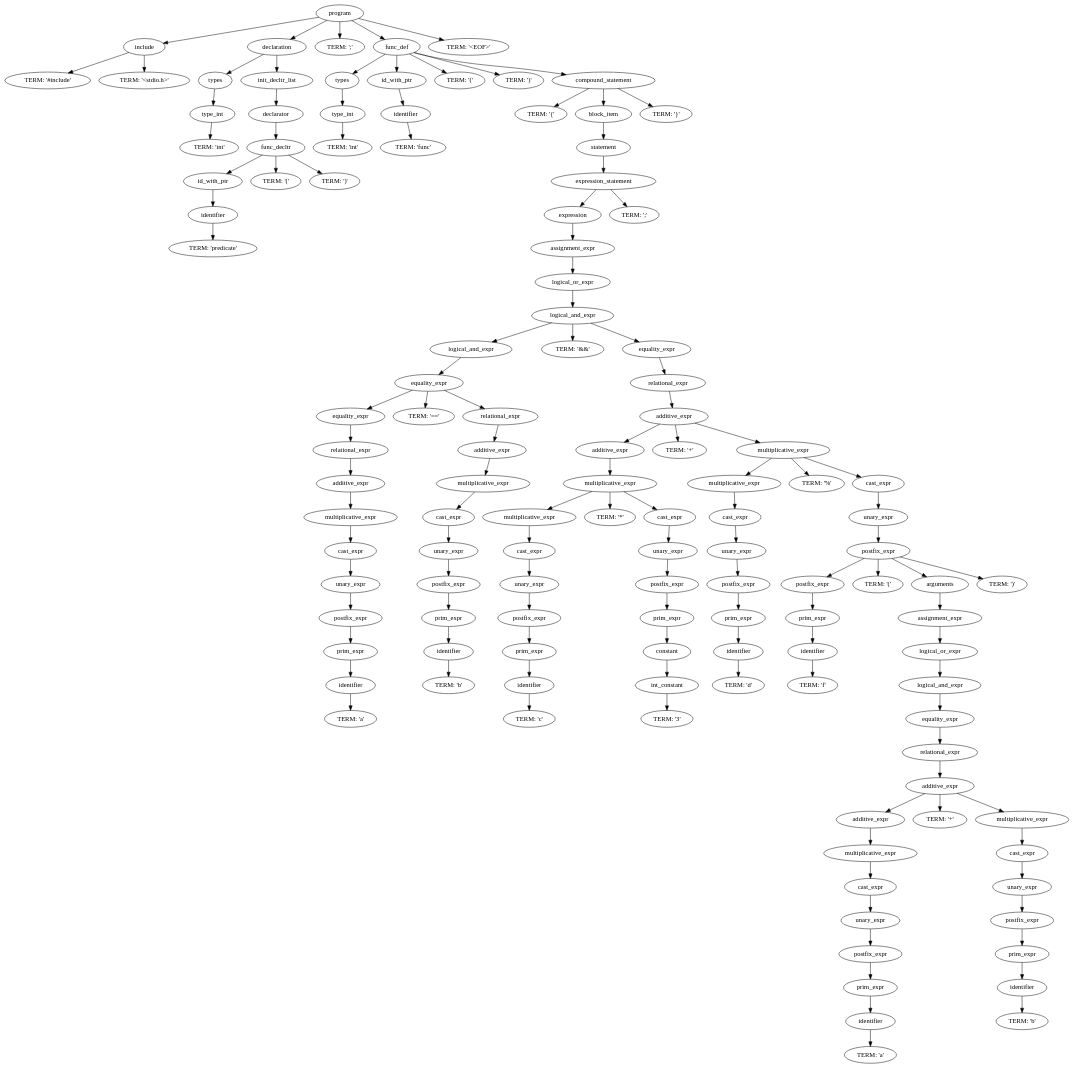
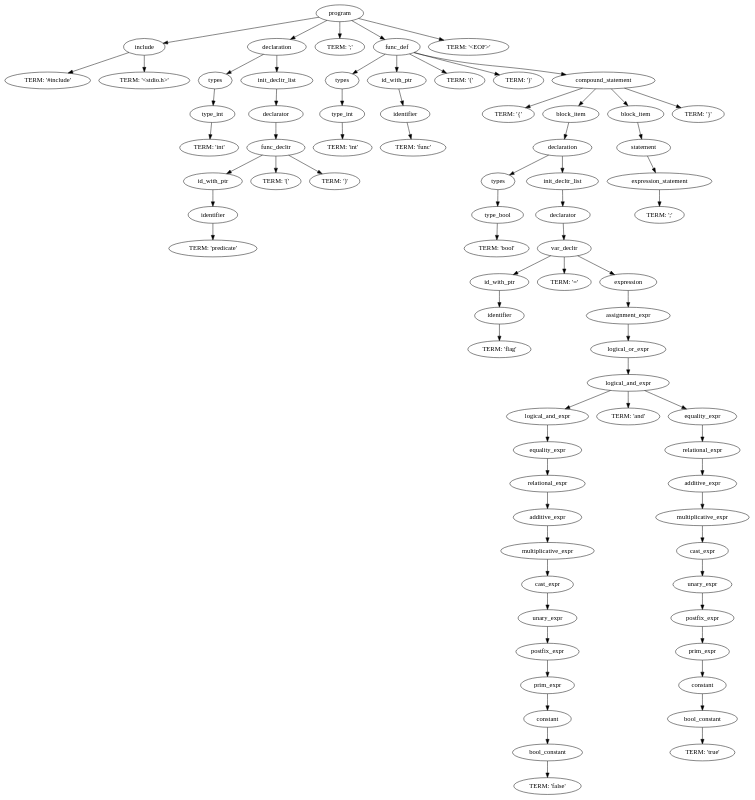
The diagram in output.dot (DeSchepperCedric/C-Compiler), drawn with Graphviz before and after one commit. The commit also changed 9 other files, not shown here.

```diff
--- a/output.dot
+++ b/output.dot
@@ -57,191 +57,93 @@
 	26 -> 28;
 	28 [label="block_item"];
 	28 -> 29;
-	29 [label="statement"];
+	29 [label="declaration"];
 	29 -> 30;
-	30 [label="expression_statement"];
+	30 [label="types"];
 	30 -> 31;
-	31 [label="expression"];
+	31 [label="type_bool"];
 	31 -> 32;
-	32 [label="assignment_expr"];
-	32 -> 33;
-	33 [label="logical_or_expr"];
+	32 [label="TERM: 'bool'"];
+	29 -> 33;
+	33 [label="init_decltr_list"];
 	33 -> 34;
-	34 [label="logical_and_expr"];
+	34 [label="declarator"];
 	34 -> 35;
-	35 [label="logical_and_expr"];
+	35 [label="var_decltr"];
 	35 -> 36;
-	36 [label="equality_expr"];
+	36 [label="id_with_ptr"];
 	36 -> 37;
-	37 [label="equality_expr"];
+	37 [label="identifier"];
 	37 -> 38;
-	38 [label="relational_expr"];
-	38 -> 39;
-	39 [label="additive_expr"];
-	39 -> 40;
-	40 [label="multiplicative_expr"];
+	38 [label="TERM: 'flag'"];
+	35 -> 39;
+	39 [label="TERM: '='"];
+	35 -> 40;
+	40 [label="expression"];
 	40 -> 41;
-	41 [label="cast_expr"];
+	41 [label="assignment_expr"];
 	41 -> 42;
-	42 [label="unary_expr"];
+	42 [label="logical_or_expr"];
 	42 -> 43;
-	43 [label="postfix_expr"];
+	43 [label="logical_and_expr"];
 	43 -> 44;
-	44 [label="prim_expr"];
+	44 [label="logical_and_expr"];
 	44 -> 45;
-	45 [label="identifier"];
+	45 [label="equality_expr"];
 	45 -> 46;
-	46 [label="TERM: 'a'"];
-	36 -> 47;
-	47 [label="TERM: '=='"];
-	36 -> 48;
-	48 [label="relational_expr"];
+	46 [label="relational_expr"];
+	46 -> 47;
+	47 [label="additive_expr"];
+	47 -> 48;
+	48 [label="multiplicative_expr"];
 	48 -> 49;
-	49 [label="additive_expr"];
+	49 [label="cast_expr"];
 	49 -> 50;
-	50 [label="multiplicative_expr"];
+	50 [label="unary_expr"];
 	50 -> 51;
-	51 [label="cast_expr"];
+	51 [label="postfix_expr"];
 	51 -> 52;
-	52 [label="unary_expr"];
+	52 [label="prim_expr"];
 	52 -> 53;
-	53 [label="postfix_expr"];
+	53 [label="constant"];
 	53 -> 54;
-	54 [label="prim_expr"];
+	54 [label="bool_constant"];
 	54 -> 55;
-	55 [label="identifier"];
-	55 -> 56;
-	56 [label="TERM: 'b'"];
-	34 -> 57;
-	57 [label="TERM: '&&'"];
-	34 -> 58;
-	58 [label="equality_expr"];
+	55 [label="TERM: 'false'"];
+	43 -> 56;
+	56 [label="TERM: 'and'"];
+	43 -> 57;
+	57 [label="equality_expr"];
+	57 -> 58;
+	58 [label="relational_expr"];
 	58 -> 59;
-	59 [label="relational_expr"];
+	59 [label="additive_expr"];
 	59 -> 60;
-	60 [label="additive_expr"];
+	60 [label="multiplicative_expr"];
 	60 -> 61;
-	61 [label="additive_expr"];
+	61 [label="cast_expr"];
 	61 -> 62;
-	62 [label="multiplicative_expr"];
+	62 [label="unary_expr"];
 	62 -> 63;
-	63 [label="multiplicative_expr"];
+	63 [label="postfix_expr"];
 	63 -> 64;
-	64 [label="cast_expr"];
+	64 [label="prim_expr"];
 	64 -> 65;
-	65 [label="unary_expr"];
+	65 [label="constant"];
 	65 -> 66;
-	66 [label="postfix_expr"];
+	66 [label="bool_constant"];
 	66 -> 67;
-	67 [label="prim_expr"];
-	67 -> 68;
-	68 [label="identifier"];
+	67 [label="TERM: 'true'"];
+	26 -> 68;
+	68 [label="block_item"];
 	68 -> 69;
-	69 [label="TERM: 'c'"];
-	62 -> 70;
-	70 [label="TERM: '*'"];
-	62 -> 71;
-	71 [label="cast_expr"];
-	71 -> 72;
-	72 [label="unary_expr"];
-	72 -> 73;
-	73 [label="postfix_expr"];
-	73 -> 74;
-	74 [label="prim_expr"];
-	74 -> 75;
-	75 [label="constant"];
-	75 -> 76;
-	76 [label="int_constant"];
-	76 -> 77;
-	77 [label="TERM: '3'"];
-	60 -> 78;
-	78 [label="TERM: '+'"];
-	60 -> 79;
-	79 [label="multiplicative_expr"];
-	79 -> 80;
-	80 [label="multiplicative_expr"];
-	80 -> 81;
-	81 [label="cast_expr"];
-	81 -> 82;
-	82 [label="unary_expr"];
-	82 -> 83;
-	83 [label="postfix_expr"];
-	83 -> 84;
-	84 [label="prim_expr"];
-	84 -> 85;
-	85 [label="identifier"];
-	85 -> 86;
-	86 [label="TERM: 'd'"];
-	79 -> 87;
-	87 [label="TERM: '%'"];
-	79 -> 88;
-	88 [label="cast_expr"];
-	88 -> 89;
-	89 [label="unary_expr"];
-	89 -> 90;
-	90 [label="postfix_expr"];
-	90 -> 91;
-	91 [label="postfix_expr"];
-	91 -> 92;
-	92 [label="prim_expr"];
-	92 -> 93;
-	93 [label="identifier"];
-	93 -> 94;
-	94 [label="TERM: 'f'"];
-	90 -> 95;
-	95 [label="TERM: '('"];
-	90 -> 96;
-	96 [label="arguments"];
-	96 -> 97;
-	97 [label="assignment_expr"];
-	97 -> 98;
-	98 [label="logical_or_expr"];
-	98 -> 99;
-	99 [label="logical_and_expr"];
-	99 -> 100;
-	100 [label="equality_expr"];
-	100 -> 101;
-	101 [label="relational_expr"];
-	101 -> 102;
-	102 [label="additive_expr"];
-	102 -> 103;
-	103 [label="additive_expr"];
-	103 -> 104;
-	104 [label="multiplicative_expr"];
-	104 -> 105;
-	105 [label="cast_expr"];
-	105 -> 106;
-	106 [label="unary_expr"];
-	106 -> 107;
-	107 [label="postfix_expr"];
-	107 -> 108;
-	108 [label="prim_expr"];
-	108 -> 109;
-	109 [label="identifier"];
-	109 -> 110;
-	110 [label="TERM: 'a'"];
-	102 -> 111;
-	111 [label="TERM: '+'"];
-	102 -> 112;
-	112 [label="multiplicative_expr"];
-	112 -> 113;
-	113 [label="cast_expr"];
-	113 -> 114;
-	114 [label="unary_expr"];
-	114 -> 115;
-	115 [label="postfix_expr"];
-	115 -> 116;
-	116 [label="prim_expr"];
-	116 -> 117;
-	117 [label="identifier"];
-	117 -> 118;
-	118 [label="TERM: 'b'"];
-	90 -> 119;
-	119 [label="TERM: ')'"];
-	30 -> 120;
-	120 [label="TERM: ';'"];
-	26 -> 121;
-	121 [label="TERM: '}'"];
-	0 -> 122;
-	122 [label="TERM: '<EOF>'"];
+	69 [label="statement"];
+	69 -> 70;
+	70 [label="expression_statement"];
+	70 -> 71;
+	71 [label="TERM: ';'"];
+	26 -> 72;
+	72 [label="TERM: '}'"];
+	0 -> 73;
+	73 [label="TERM: '<EOF>'"];
 }
```
